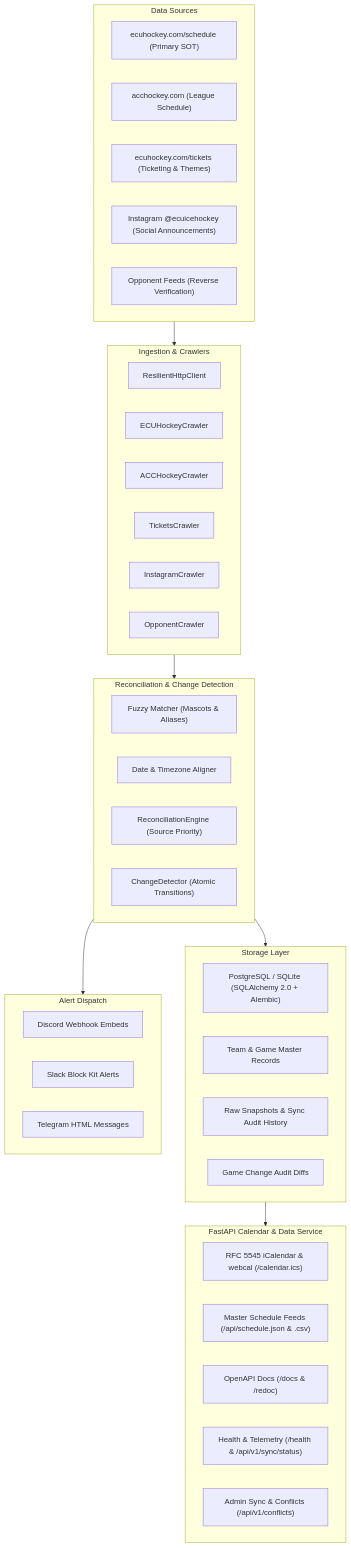
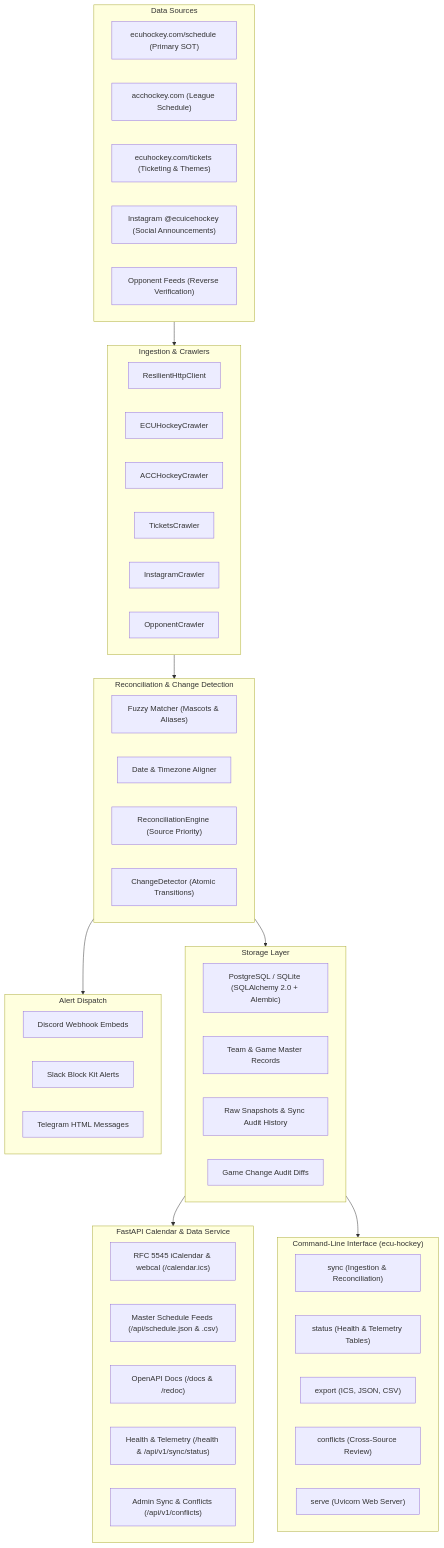
The diagram in README.md (bdperkin/ecu-hockey-calendar), drawn with Mermaid before and after one commit. The commit also changed other lines of this file and 16 other files, not shown here.

First line of the commit message:
feat(cli): command-line interface for schedule sync, inspection, and export (closes #13) (#76)

````diff
--- a/README.md
+++ b/README.md
@@ -50,53 +51,62 @@
 ```mermaid
 flowchart TD
     subgraph SOT["Data Sources"]
         S1["ecuhockey.com/schedule (Primary SOT)"]
         S2["acchockey.com (League Schedule)"]
         S3["ecuhockey.com/tickets (Ticketing & Themes)"]
         S4["Instagram @ecuicehockey (Social Announcements)"]
         S5["Opponent Feeds (Reverse Verification)"]
     end
 
     subgraph WORKER["Ingestion & Crawlers"]
         W1["ResilientHttpClient"]
         W2["ECUHockeyCrawler"]
         W3["ACCHockeyCrawler"]
         W4["TicketsCrawler"]
         W5["InstagramCrawler"]
         W6["OpponentCrawler"]
     end
 
     subgraph REC["Reconciliation & Change Detection"]
         R1["Fuzzy Matcher (Mascots & Aliases)"]
         R2["Date & Timezone Aligner"]
         R3["ReconciliationEngine (Source Priority)"]
         R4["ChangeDetector (Atomic Transitions)"]
     end
 
     subgraph DB["Storage Layer"]
         D1["PostgreSQL / SQLite (SQLAlchemy 2.0 + Alembic)"]
         D2["Team & Game Master Records"]
         D3["Raw Snapshots & Sync Audit History"]
         D4["Game Change Audit Diffs"]
     end
 
     subgraph API["FastAPI Calendar & Data Service"]
         P1["RFC 5545 iCalendar & webcal (/calendar.ics)"]
         P2["Master Schedule Feeds (/api/schedule.json & .csv)"]
         P3["OpenAPI Docs (/docs & /redoc)"]
         P4["Health & Telemetry (/health & /api/v1/sync/status)"]
         P5["Admin Sync & Conflicts (/api/v1/conflicts)"]
     end
 
+    subgraph CLI["Command-Line Interface (ecu-hockey)"]
+        C1["sync (Ingestion & Reconciliation)"]
+        C2["status (Health & Telemetry Tables)"]
+        C3["export (ICS, JSON, CSV)"]
+        C4["conflicts (Cross-Source Review)"]
+        C5["serve (Uvicorn Web Server)"]
+    end
+
     subgraph OUT["Alert Dispatch"]
         A1["Discord Webhook Embeds"]
         A2["Slack Block Kit Alerts"]
         A3["Telegram HTML Messages"]
     end
 
     SOT --> WORKER
     WORKER --> REC
     REC --> DB
     REC --> OUT
     DB --> API
+    DB --> CLI
 ```
````
